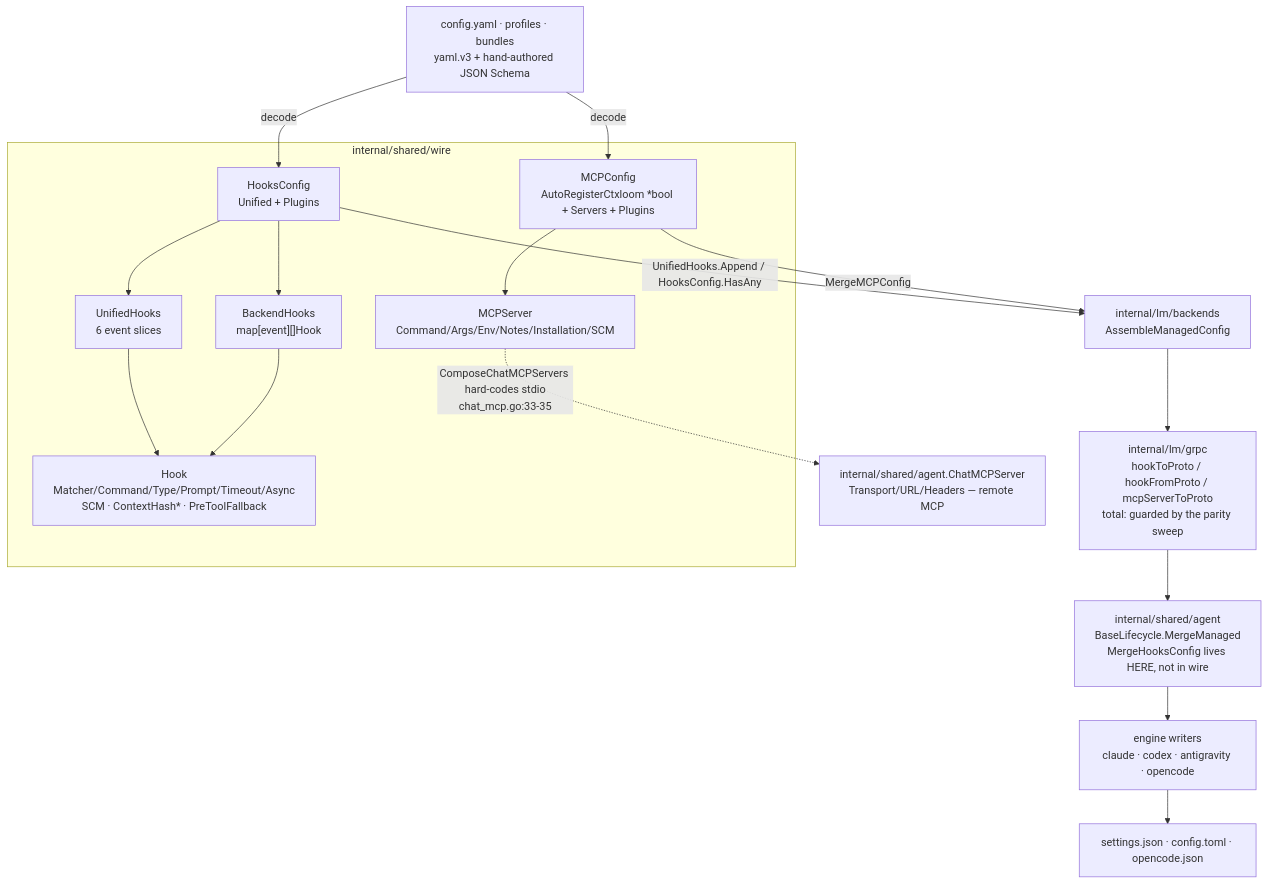
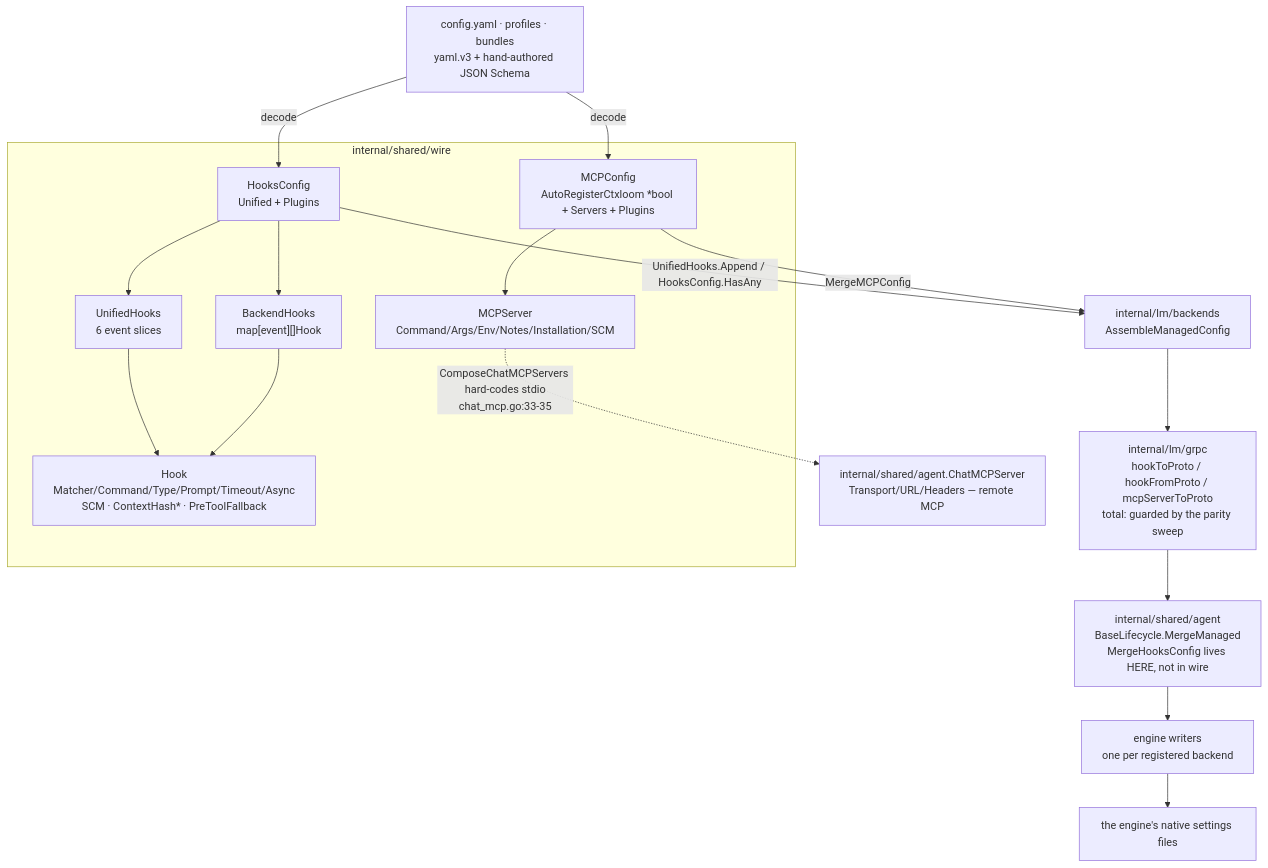
The diagram in docs/architecture/shared/wire-types.md (ctxloom/ctxloom), drawn with Mermaid before and after one commit. The commit also changed other lines of this file and 1 other file, not shown here.

````diff
--- a/docs/architecture/shared/wire-types.md
+++ b/docs/architecture/shared/wire-types.md
@@ -7,29 +7,29 @@
 ```mermaid
 flowchart TD
     subgraph wire["internal/shared/wire"]
         HC["HooksConfig<br/>Unified + Plugins"]
         UH["UnifiedHooks<br/>6 event slices"]
         BH["BackendHooks<br/>map[event][]Hook"]
         H["Hook<br/>Matcher/Command/Type/Prompt/Timeout/Async<br/>SCM · ContextHash* · PreToolFallback"]
         MC["MCPConfig<br/>AutoRegisterCtxloom *bool + Servers + Plugins"]
         MS["MCPServer<br/>Command/Args/Env/Notes/Installation/SCM"]
         HC --> UH
         HC --> BH
         UH --> H
         BH --> H
         MC --> MS
     end
 
     YAML["config.yaml · profiles · bundles<br/>yaml.v3 + hand-authored JSON Schema"] -->|decode| HC
     YAML -->|decode| MC
     HC -->|"UnifiedHooks.Append / HooksConfig.HasAny"| ASM["internal/lm/backends<br/>AssembleManagedConfig"]
     MC -->|MergeMCPConfig| ASM
     ASM --> PROTO["internal/lm/grpc<br/>hookToProto / hookFromProto / mcpServerToProto<br/>total: guarded by the parity sweep"]
     PROTO --> LIFE["internal/shared/agent<br/>BaseLifecycle.MergeManaged<br/>MergeHooksConfig lives HERE, not in wire"]
-    LIFE --> WRITERS["engine writers<br/>claude · codex · antigravity · opencode"]
-    WRITERS --> NATIVE["settings.json · config.toml · opencode.json"]
+    LIFE --> WRITERS["engine writers<br/>one per registered backend"]
+    WRITERS --> NATIVE["the engine's native settings files"]
 
     CHAT["internal/shared/agent.ChatMCPServer<br/>Transport/URL/Headers — remote MCP"]
     MS -.->|"ComposeChatMCPServers hard-codes stdio<br/>chat_mcp.go:33-35"| CHAT
 
 ```
````
